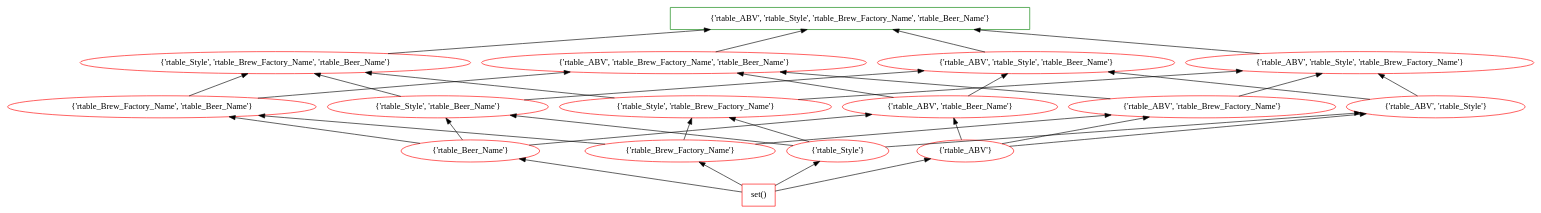
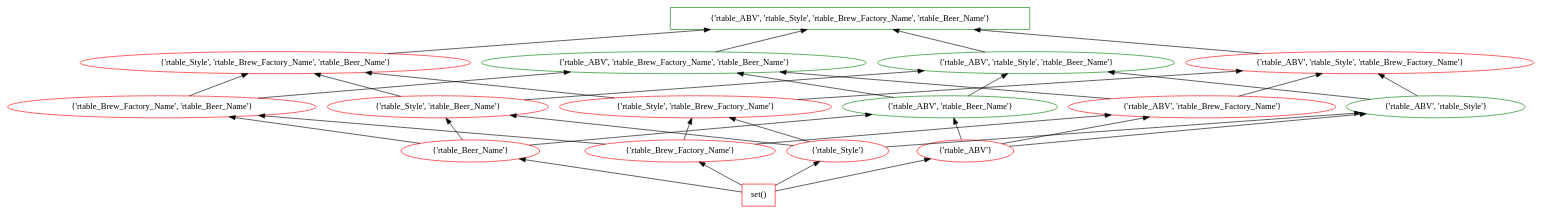
One commit to tteofili/certem changed the diagram in data/beers/deeper/1/lattice_6.dot. Above: the diagram before and after it, drawn with Graphviz. The commit also changed 561 other files, not shown here.

```diff
--- a/data/beers/deeper/1/lattice_6.dot
+++ b/data/beers/deeper/1/lattice_6.dot
@@ -1,54 +1,54 @@
 digraph G {
 splines="line"
 rankdir=BT
 "{'rtable_ABV', 'rtable_Style', 'rtable_Brew_Factory_Name', 'rtable_Beer_Name'}" [shape=box];
 "set()" [shape=box];
 "set()" [color=red];
 "set()" -> "{'rtable_Beer_Name'}";
 "set()" -> "{'rtable_Brew_Factory_Name'}";
 "set()" -> "{'rtable_Style'}";
 "set()" -> "{'rtable_ABV'}";
 "{'rtable_Beer_Name'}" [color=red];
 "{'rtable_Beer_Name'}" -> "{'rtable_Brew_Factory_Name', 'rtable_Beer_Name'}";
 "{'rtable_Beer_Name'}" -> "{'rtable_Style', 'rtable_Beer_Name'}";
 "{'rtable_Beer_Name'}" -> "{'rtable_ABV', 'rtable_Beer_Name'}";
 "{'rtable_Brew_Factory_Name'}" [color=red];
 "{'rtable_Brew_Factory_Name'}" -> "{'rtable_Brew_Factory_Name', 'rtable_Beer_Name'}";
 "{'rtable_Brew_Factory_Name'}" -> "{'rtable_Style', 'rtable_Brew_Factory_Name'}";
 "{'rtable_Brew_Factory_Name'}" -> "{'rtable_ABV', 'rtable_Brew_Factory_Name'}";
 "{'rtable_Style'}" [color=red];
 "{'rtable_Style'}" -> "{'rtable_Style', 'rtable_Beer_Name'}";
 "{'rtable_Style'}" -> "{'rtable_Style', 'rtable_Brew_Factory_Name'}";
 "{'rtable_Style'}" -> "{'rtable_ABV', 'rtable_Style'}";
 "{'rtable_ABV'}" [color=red];
 "{'rtable_ABV'}" -> "{'rtable_ABV', 'rtable_Beer_Name'}";
 "{'rtable_ABV'}" -> "{'rtable_ABV', 'rtable_Brew_Factory_Name'}";
 "{'rtable_ABV'}" -> "{'rtable_ABV', 'rtable_Style'}";
 "{'rtable_Brew_Factory_Name', 'rtable_Beer_Name'}" [color=red];
 "{'rtable_Brew_Factory_Name', 'rtable_Beer_Name'}" -> "{'rtable_Style', 'rtable_Brew_Factory_Name', 'rtable_Beer_Name'}";
 "{'rtable_Brew_Factory_Name', 'rtable_Beer_Name'}" -> "{'rtable_ABV', 'rtable_Brew_Factory_Name', 'rtable_Beer_Name'}";
 "{'rtable_Style', 'rtable_Beer_Name'}" [color=red];
 "{'rtable_Style', 'rtable_Beer_Name'}" -> "{'rtable_Style', 'rtable_Brew_Factory_Name', 'rtable_Beer_Name'}";
 "{'rtable_Style', 'rtable_Beer_Name'}" -> "{'rtable_ABV', 'rtable_Style', 'rtable_Beer_Name'}";
-"{'rtable_ABV', 'rtable_Beer_Name'}" [color=red];
+"{'rtable_ABV', 'rtable_Beer_Name'}" [color=green];
 "{'rtable_ABV', 'rtable_Beer_Name'}" -> "{'rtable_ABV', 'rtable_Brew_Factory_Name', 'rtable_Beer_Name'}";
 "{'rtable_ABV', 'rtable_Beer_Name'}" -> "{'rtable_ABV', 'rtable_Style', 'rtable_Beer_Name'}";
 "{'rtable_Style', 'rtable_Brew_Factory_Name'}" [color=red];
 "{'rtable_Style', 'rtable_Brew_Factory_Name'}" -> "{'rtable_Style', 'rtable_Brew_Factory_Name', 'rtable_Beer_Name'}";
 "{'rtable_Style', 'rtable_Brew_Factory_Name'}" -> "{'rtable_ABV', 'rtable_Style', 'rtable_Brew_Factory_Name'}";
 "{'rtable_ABV', 'rtable_Brew_Factory_Name'}" [color=red];
 "{'rtable_ABV', 'rtable_Brew_Factory_Name'}" -> "{'rtable_ABV', 'rtable_Brew_Factory_Name', 'rtable_Beer_Name'}";
 "{'rtable_ABV', 'rtable_Brew_Factory_Name'}" -> "{'rtable_ABV', 'rtable_Style', 'rtable_Brew_Factory_Name'}";
-"{'rtable_ABV', 'rtable_Style'}" [color=red];
+"{'rtable_ABV', 'rtable_Style'}" [color=green];
 "{'rtable_ABV', 'rtable_Style'}" -> "{'rtable_ABV', 'rtable_Style', 'rtable_Beer_Name'}";
 "{'rtable_ABV', 'rtable_Style'}" -> "{'rtable_ABV', 'rtable_Style', 'rtable_Brew_Factory_Name'}";
 "{'rtable_Style', 'rtable_Brew_Factory_Name', 'rtable_Beer_Name'}" [color=red];
 "{'rtable_Style', 'rtable_Brew_Factory_Name', 'rtable_Beer_Name'}" -> "{'rtable_ABV', 'rtable_Style', 'rtable_Brew_Factory_Name', 'rtable_Beer_Name'}";
-"{'rtable_ABV', 'rtable_Brew_Factory_Name', 'rtable_Beer_Name'}" [color=red];
+"{'rtable_ABV', 'rtable_Brew_Factory_Name', 'rtable_Beer_Name'}" [color=green];
 "{'rtable_ABV', 'rtable_Brew_Factory_Name', 'rtable_Beer_Name'}" -> "{'rtable_ABV', 'rtable_Style', 'rtable_Brew_Factory_Name', 'rtable_Beer_Name'}";
-"{'rtable_ABV', 'rtable_Style', 'rtable_Beer_Name'}" [color=red];
+"{'rtable_ABV', 'rtable_Style', 'rtable_Beer_Name'}" [color=green];
 "{'rtable_ABV', 'rtable_Style', 'rtable_Beer_Name'}" -> "{'rtable_ABV', 'rtable_Style', 'rtable_Brew_Factory_Name', 'rtable_Beer_Name'}";
 "{'rtable_ABV', 'rtable_Style', 'rtable_Brew_Factory_Name'}" [color=red];
 "{'rtable_ABV', 'rtable_Style', 'rtable_Brew_Factory_Name'}" -> "{'rtable_ABV', 'rtable_Style', 'rtable_Brew_Factory_Name', 'rtable_Beer_Name'}";
 "{'rtable_ABV', 'rtable_Style', 'rtable_Brew_Factory_Name', 'rtable_Beer_Name'}" [color=green];
 }
```
